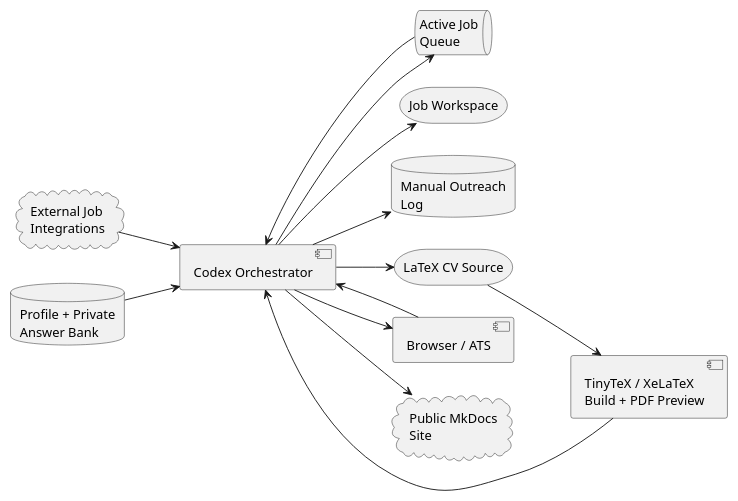
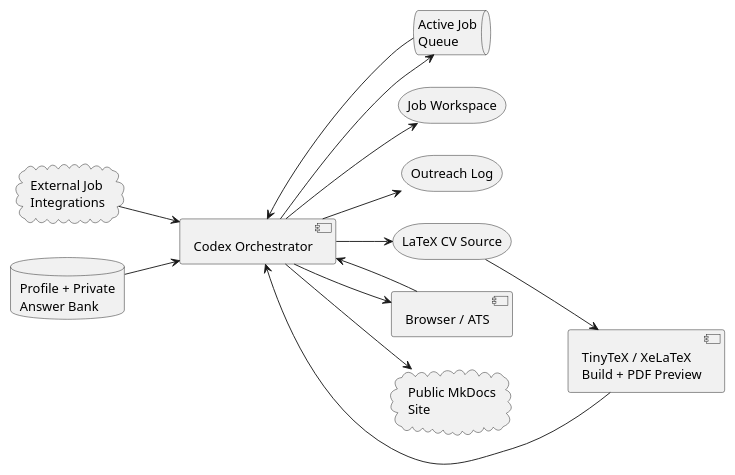
Before and after one commit to ddm18/codex-managed-application-workflow: the diagram in docs/architecture.md, drawn with PlantUML.

Commit message:
Simplify outreach architecture diagram

````diff
--- a/docs/architecture.md
+++ b/docs/architecture.md
@@ -9,30 +9,30 @@
 ```plantuml
 @startuml
 left to right direction
 scale 0.92
 
 cloud "External Job\nIntegrations" as JOBS
 database "Profile + Private\nAnswer Bank" as DATA
 queue "Active Job\nQueue" as QUEUE
 component "Codex Orchestrator" as CODEX
 storage "Job Workspace" as APPS
-database "Manual Outreach\nLog" as OUTREACH
+storage "Outreach Log" as OUT
 storage "LaTeX CV Source" as CV
 component "TinyTeX / XeLaTeX\nBuild + PDF Preview" as TEX
 component "Browser / ATS" as BROWSER
 cloud "Public MkDocs\nSite" as DOCS
 
 JOBS --> CODEX
 CODEX --> QUEUE
 QUEUE --> CODEX
 DATA --> CODEX
 CODEX --> APPS
-CODEX --> OUTREACH
+CODEX --> OUT
 CODEX --> CV
 CV --> TEX
 TEX --> CODEX
 CODEX --> BROWSER
 BROWSER --> CODEX
 CODEX --> DOCS
 @enduml
 ```
````
